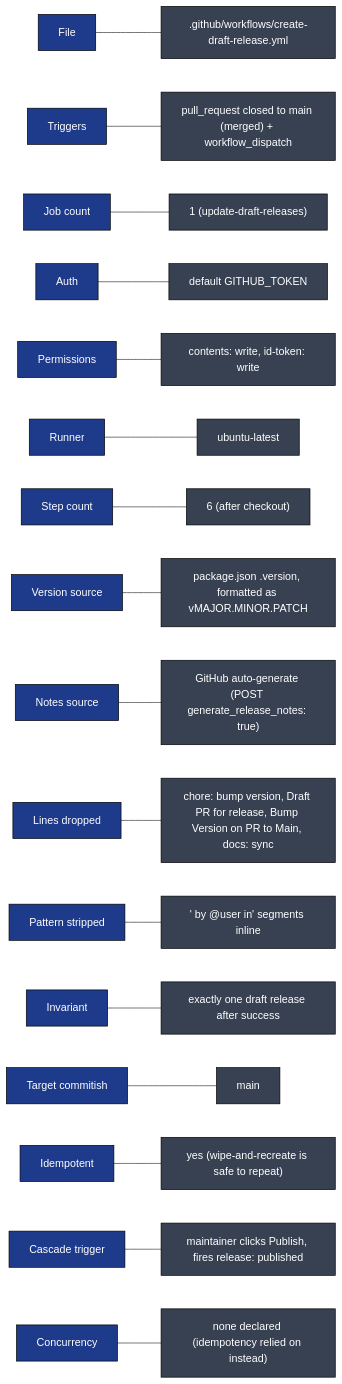
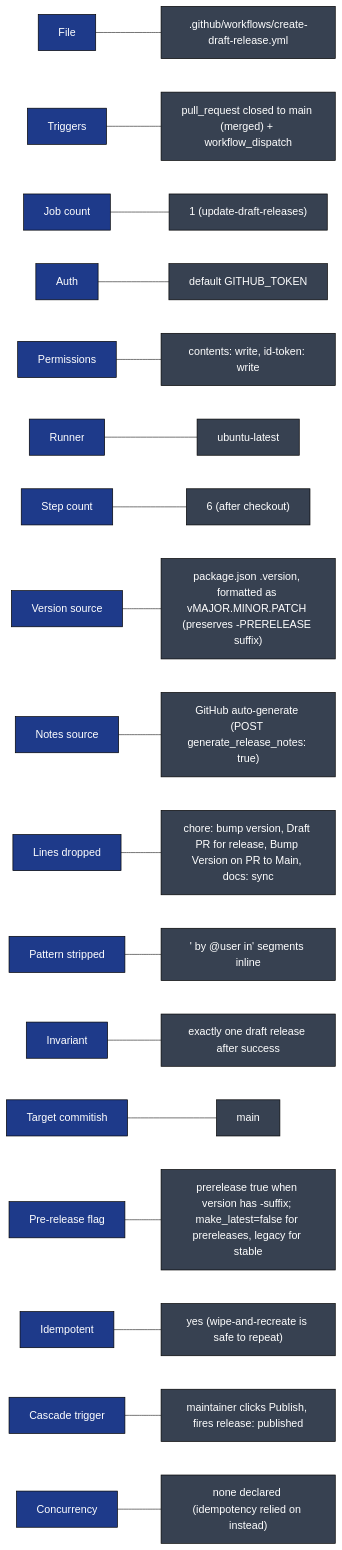
Diagram 11 of 11 in .github/docs/CREATE_DRAFT_RELEASE_DEEP_DIVE.md (gregreindel/llm-exe), drawn with Mermaid before and after one commit. The commit also changed other lines of this file and 5 other files, not shown here.

First line of the commit message:
docs: sync release-pipeline deep dives for pre-release support

````diff
--- a/.github/docs/CREATE_DRAFT_RELEASE_DEEP_DIVE.md
+++ b/.github/docs/CREATE_DRAFT_RELEASE_DEEP_DIVE.md
@@ -464,22 +465,23 @@
 ```mermaid
 flowchart LR
     classDef k fill:#1e3a8a,color:#fff,stroke:#000
     classDef v fill:#374151,color:#fff,stroke:#000
 
     K1["File"]:::k --- V1[".github/workflows/create-draft-release.yml"]:::v
     K2["Triggers"]:::k --- V2["pull_request closed to main (merged) + workflow_dispatch"]:::v
     K3["Job count"]:::k --- V3["1 (update-draft-releases)"]:::v
     K4["Auth"]:::k --- V4["default GITHUB_TOKEN"]:::v
     K5["Permissions"]:::k --- V5["contents: write, id-token: write"]:::v
     K6["Runner"]:::k --- V6["ubuntu-latest"]:::v
     K7["Step count"]:::k --- V7["6 (after checkout)"]:::v
-    K8["Version source"]:::k --- V8["package.json .version, formatted as vMAJOR.MINOR.PATCH"]:::v
+    K8["Version source"]:::k --- V8["package.json .version, formatted as vMAJOR.MINOR.PATCH (preserves -PRERELEASE suffix)"]:::v
     K9["Notes source"]:::k --- V9["GitHub auto-generate (POST generate_release_notes: true)"]:::v
     K10["Lines dropped"]:::k --- V10["chore: bump version, Draft PR for release, Bump Version on PR to Main, docs: sync"]:::v
     K11["Pattern stripped"]:::k --- V11["' by @user in' segments inline"]:::v
     K12["Invariant"]:::k --- V12["exactly one draft release after success"]:::v
     K13["Target commitish"]:::k --- V13["main"]:::v
+    K13b["Pre-release flag"]:::k --- V13b["prerelease true when version has -suffix; make_latest=false for prereleases, legacy for stable"]:::v
     K14["Idempotent"]:::k --- V14["yes (wipe-and-recreate is safe to repeat)"]:::v
     K15["Cascade trigger"]:::k --- V15["maintainer clicks Publish, fires release: published"]:::v
     K16["Concurrency"]:::k --- V16["none declared (idempotency relied on instead)"]:::v
 ```
````
